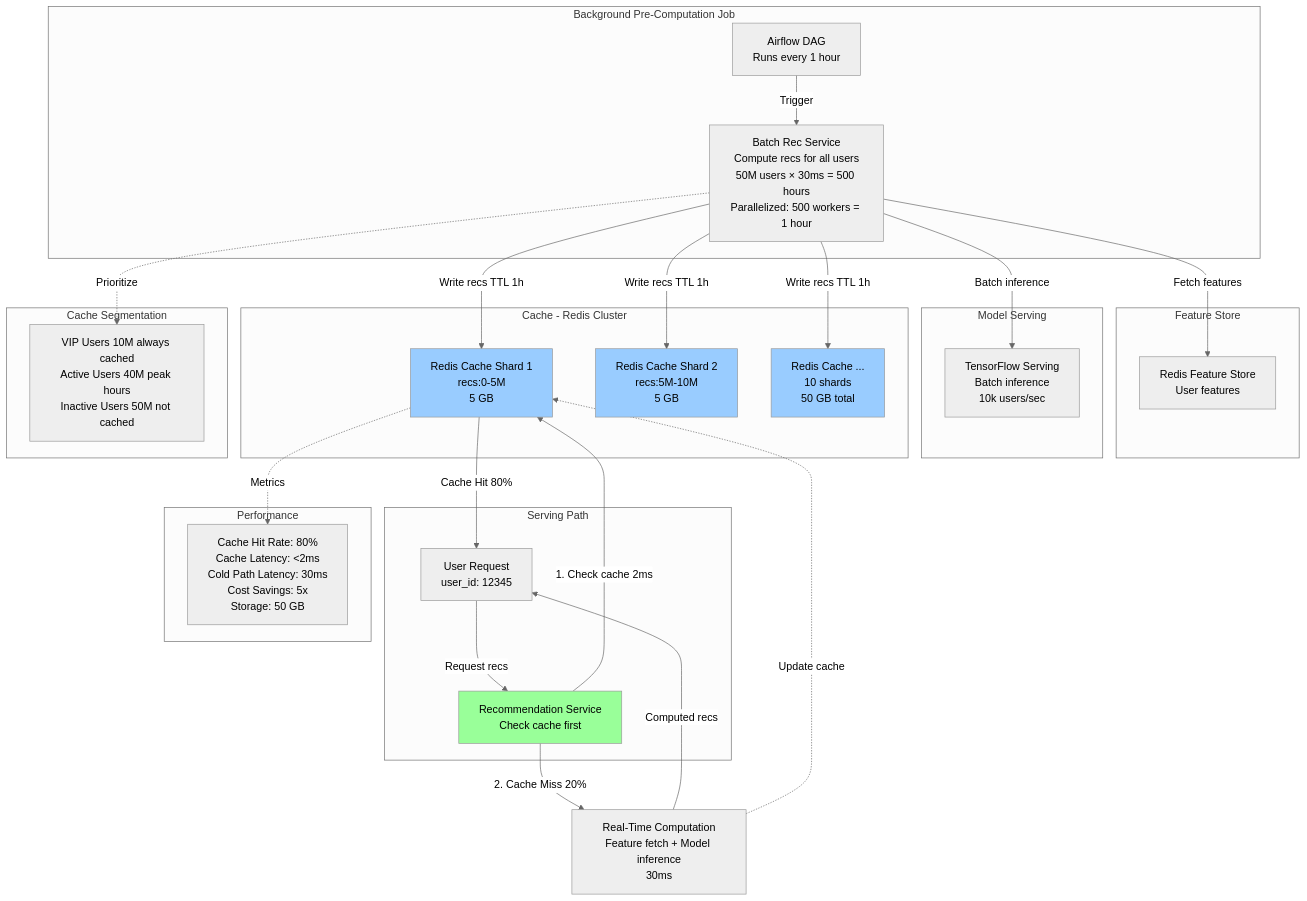
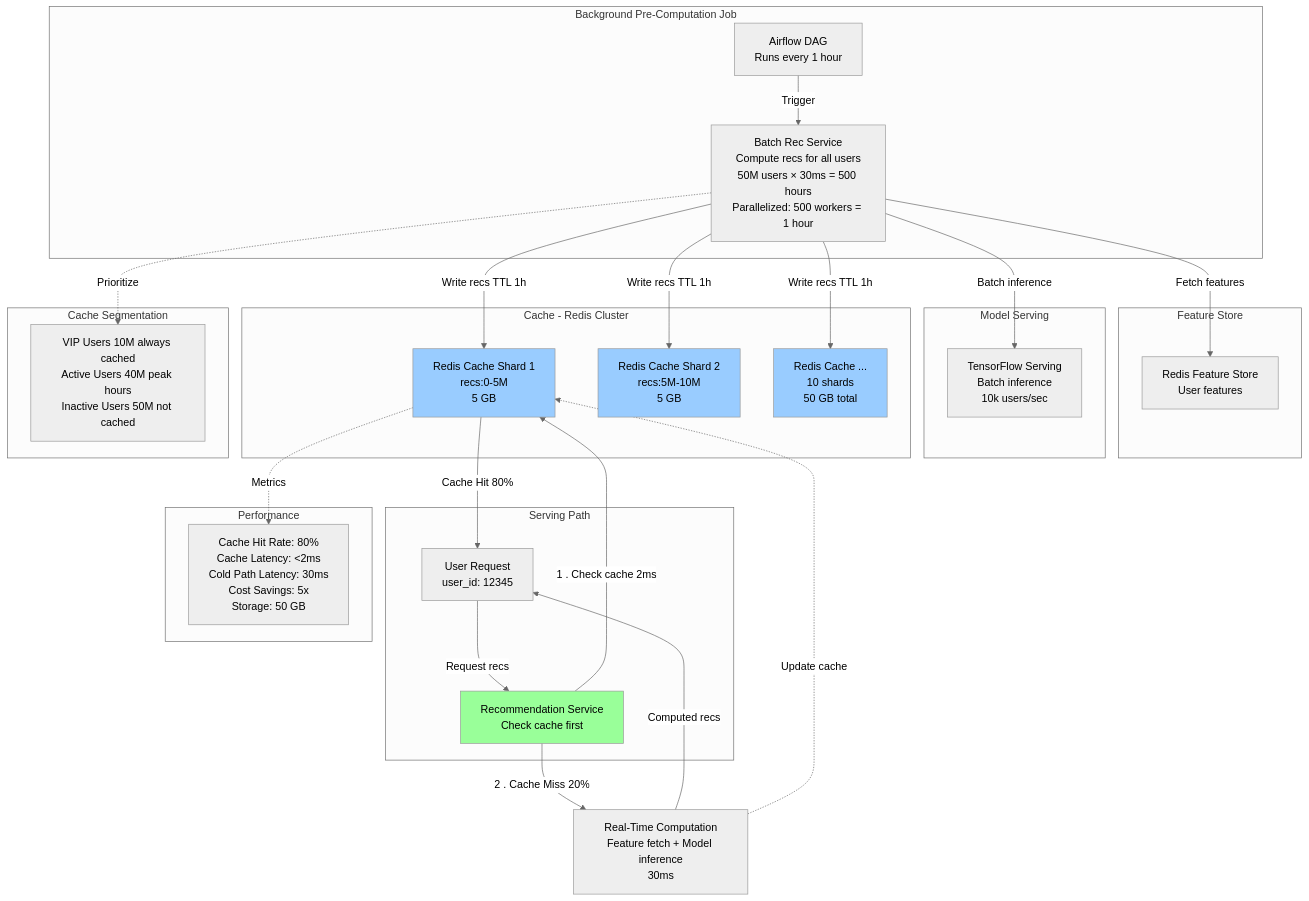
Before and after one commit to piyush7199/hld-architecture-handbook: the tenth of 14 diagrams in 03-challenges/3.4.4-recommendation-system/hld-diagram.md, drawn with Mermaid (neutral theme). The commit also changed other lines of this file and 23 other files, not shown here.

First line of the commit message:
Add Online Code Editor / Judge design challenge with comprehensive documentation and diagrams

````diff
--- a/03-challenges/3.4.4-recommendation-system/hld-diagram.md
+++ b/03-challenges/3.4.4-recommendation-system/hld-diagram.md
@@ -835,62 +856,62 @@
 ```mermaid
 graph TB
-    subgraph "Background Pre-Computation Job"
-        CronJob[Airflow DAG<br/>Runs every 1 hour]
-        BatchService[Batch Rec Service<br/>Compute recs for all users<br/>50M users × 30ms = 500 hours<br/>Parallelized: 500 workers = 1 hour]
-    end
-    
-    CronJob -->|Trigger| BatchService
-    
-    subgraph "Feature Store"
-        FeatureStore[Redis Feature Store<br/>User features]
-    end
-    
-    BatchService -->|Fetch features| FeatureStore
-    
-    subgraph "Model Serving"
-        ModelAPI[TensorFlow Serving<br/>Batch inference<br/>10k users/sec]
-    end
-    
-    BatchService -->|Batch inference| ModelAPI
-    
-    subgraph "Cache - Redis Cluster"
-        Cache1[Redis Cache Shard 1<br/>recs:0-5M<br/>5 GB]
-        Cache2[Redis Cache Shard 2<br/>recs:5M-10M<br/>5 GB]
-        Cache3[Redis Cache ...<br/>10 shards<br/>50 GB total]
-    end
-    
-    BatchService -->|Write recs TTL 1h| Cache1
-    BatchService -->|Write recs TTL 1h| Cache2
-    BatchService -->|Write recs TTL 1h| Cache3
-    
-    subgraph "Serving Path"
-        UserRequest[User Request<br/>user_id: 12345]
-        RecService[Recommendation Service<br/>Check cache first]
-    end
-    
-    UserRequest -->|Request recs| RecService
-    
-    RecService -->|1. Check cache 2ms| Cache1
-    Cache1 -->|Cache Hit 80%| UserRequest
-    
-    RecService -->|2. Cache Miss 20%| RealTime[Real-Time Computation<br/>Feature fetch + Model inference<br/>30ms]
-    RealTime -->|Computed recs| UserRequest
-    RealTime -.->|Update cache| Cache1
-    
-    subgraph "Cache Segmentation"
-        Segment["VIP Users 10M always cached<br/>Active Users 40M peak hours<br/>Inactive Users 50M not cached"]
-    end
-    
-    BatchService -.->|Prioritize| Segment
-    
-    subgraph "Performance"
-        Perf["Cache Hit Rate: 80%<br/>Cache Latency: <2ms<br/>Cold Path Latency: 30ms<br/>Cost Savings: 5x<br/>Storage: 50 GB"]
-    end
-    
-    Cache1 -.->|Metrics| Perf
-    
-    style Cache1 fill:#99ccff
-    style Cache2 fill:#99ccff
-    style Cache3 fill:#99ccff
-    style RecService fill:#99ff99
+subgraph "Background Pre-Computation Job"
+CronJob[Airflow DAG<br/>Runs every 1 hour]
+BatchService[Batch Rec Service<br/>Compute recs for all users<br/>50M users × 30ms = 500 hours<br/>Parallelized: 500 workers = 1 hour]
+end
+
+CronJob -->|Trigger|BatchService
+
+subgraph "Feature Store"
+FeatureStore[Redis Feature Store<br/>User features]
+end
+
+BatchService -->|Fetch features|FeatureStore
+
+subgraph "Model Serving"
+ModelAPI[TensorFlow Serving<br/>Batch inference<br/>10k users/sec]
+end
+
+BatchService -->|Batch inference|ModelAPI
+
+subgraph "Cache - Redis Cluster"
+Cache1[Redis Cache Shard 1<br/>recs:0-5M<br/>5 GB]
+Cache2[Redis Cache Shard 2<br/>recs:5M-10M<br/>5 GB]
+Cache3[Redis Cache ...<br/>10 shards<br/>50 GB total]
+end
+
+BatchService -->|Write recs TTL 1h|Cache1
+BatchService -->|Write recs TTL 1h|Cache2
+BatchService -->|Write recs TTL 1h|Cache3
+
+subgraph "Serving Path"
+UserRequest[User Request<br/>user_id: 12345]
+RecService[Recommendation Service<br/>Check cache first]
+end
+
+UserRequest -->|Request recs|RecService
+
+RecService -->|1 . Check cache 2ms| Cache1
+Cache1 -->|Cache Hit 80%|UserRequest
+
+RecService -->|2 . Cache Miss 20%|RealTime[Real-Time Computation<br/>Feature fetch + Model inference<br/>30ms]
+RealTime -->|Computed recs|UserRequest
+RealTime -.->|Update cache|Cache1
+
+subgraph "Cache Segmentation"
+Segment["VIP Users 10M always cached<br/>Active Users 40M peak hours<br/>Inactive Users 50M not cached"]
+end
+
+BatchService -.->|Prioritize| Segment
+
+subgraph "Performance"
+Perf["Cache Hit Rate: 80%<br/>Cache Latency: <2ms<br/>Cold Path Latency: 30ms<br/>Cost Savings: 5x<br/>Storage: 50 GB"]
+end
+
+Cache1 -.->|Metrics|Perf
+
+style Cache1 fill: #99ccff
+style Cache2 fill: #99ccff
+style Cache3 fill: #99ccff
+style RecService fill:#99ff99
 ```
````
